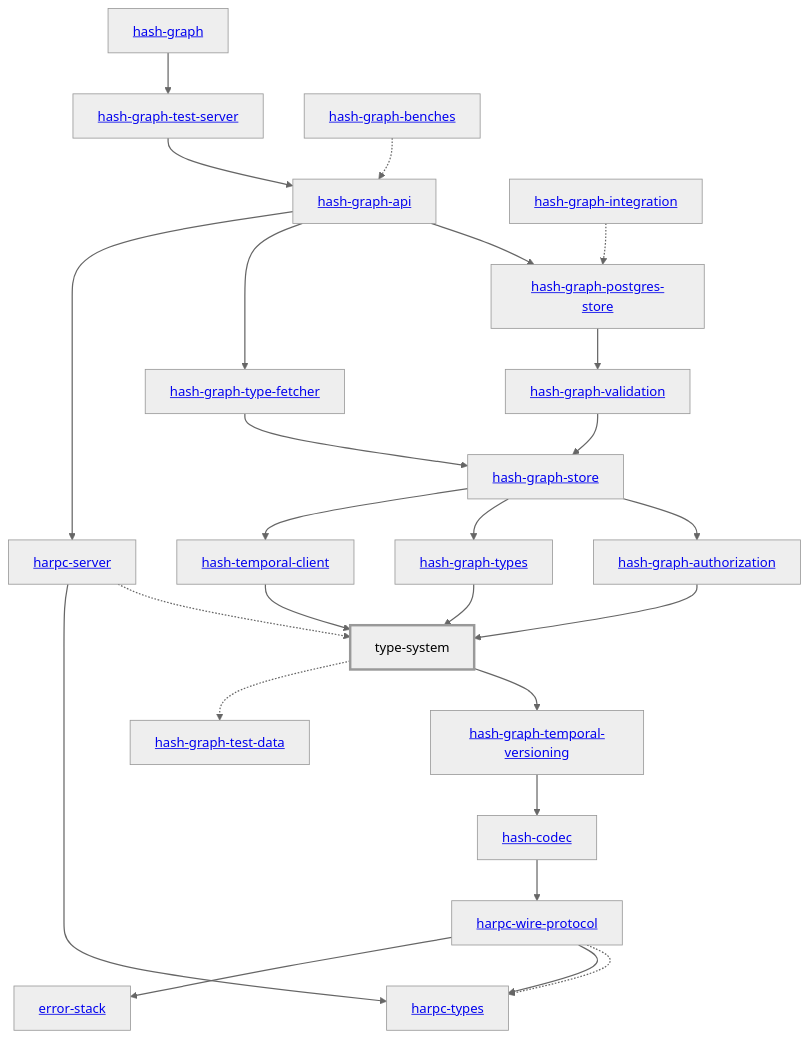
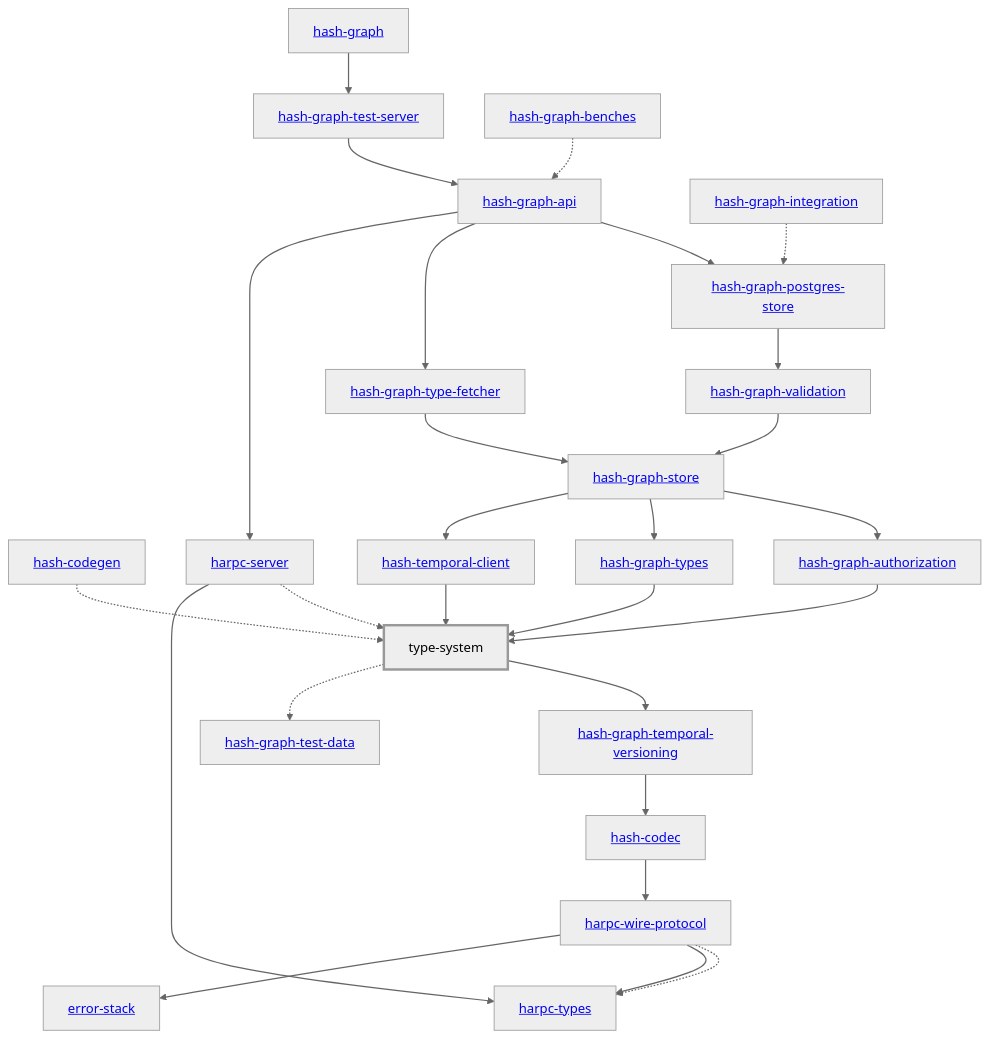
The diagram in libs/@blockprotocol/type-system/rust/docs/dependency-diagram.mmd (hashintel/hash), drawn with Mermaid (neutral theme) before and after one commit. The commit also changed 6 other files, not shown here.

Commit message:
Fix dep-graph

```diff
--- a/libs/@blockprotocol/type-system/rust/docs/dependency-diagram.mmd
+++ b/libs/@blockprotocol/type-system/rust/docs/dependency-diagram.mmd
@@ -1,56 +1,58 @@
 graph TD
     linkStyle default stroke-width:1.5px
     classDef default stroke-width:1px
     classDef root stroke-width:3px
     classDef dev stroke-width:1px
     classDef build stroke-width:1px
     %% Legend
     %% --> : Normal dependency
     %% -.-> : Dev dependency
     %% ---> : Build dependency
     0[<a href="../hash_graph">hash-graph</a>]
     1[type-system]
     class 1 root
     2[<a href="../hash_codec">hash-codec</a>]
-    3[<a href="../hash_graph_api">hash-graph-api</a>]
-    4[<a href="../hash_graph_authorization">hash-graph-authorization</a>]
-    5[<a href="../hash_graph_postgres_store">hash-graph-postgres-store</a>]
-    6[<a href="../hash_graph_store">hash-graph-store</a>]
-    7[<a href="../hash_graph_temporal_versioning">hash-graph-temporal-versioning</a>]
-    8[<a href="../hash_graph_test_server">hash-graph-test-server</a>]
-    9[<a href="../hash_graph_type_fetcher">hash-graph-type-fetcher</a>]
-    10[<a href="../hash_graph_types">hash-graph-types</a>]
-    11[<a href="../hash_graph_validation">hash-graph-validation</a>]
-    12[<a href="../harpc_server">harpc-server</a>]
-    13[<a href="../harpc_types">harpc-types</a>]
-    14[<a href="../harpc_wire_protocol">harpc-wire-protocol</a>]
-    15[<a href="../hash_temporal_client">hash-temporal-client</a>]
-    16[<a href="../error_stack">error-stack</a>]
-    17[<a href="../hash_graph_benches">hash-graph-benches</a>]
-    18[<a href="../hash_graph_integration">hash-graph-integration</a>]
-    19[<a href="../hash_graph_test_data">hash-graph-test-data</a>]
-    0 --> 8
-    1 --> 7
-    1 -.-> 19
-    2 --> 14
-    3 --> 5
-    3 --> 9
-    3 --> 12
-    4 --> 1
-    5 --> 11
-    6 --> 4
-    6 --> 10
-    6 --> 15
-    7 --> 2
-    8 --> 3
-    9 --> 6
-    10 --> 1
-    11 --> 6
-    12 -.-> 1
-    12 --> 13
-    14 -.-> 13
-    14 --> 13
-    14 --> 16
-    15 --> 1
-    17 -.-> 3
-    18 -.-> 5
+    3[<a href="../hash_codegen">hash-codegen</a>]
+    4[<a href="../hash_graph_api">hash-graph-api</a>]
+    5[<a href="../hash_graph_authorization">hash-graph-authorization</a>]
+    6[<a href="../hash_graph_postgres_store">hash-graph-postgres-store</a>]
+    7[<a href="../hash_graph_store">hash-graph-store</a>]
+    8[<a href="../hash_graph_temporal_versioning">hash-graph-temporal-versioning</a>]
+    9[<a href="../hash_graph_test_server">hash-graph-test-server</a>]
+    10[<a href="../hash_graph_type_fetcher">hash-graph-type-fetcher</a>]
+    11[<a href="../hash_graph_types">hash-graph-types</a>]
+    12[<a href="../hash_graph_validation">hash-graph-validation</a>]
+    13[<a href="../harpc_server">harpc-server</a>]
+    14[<a href="../harpc_types">harpc-types</a>]
+    15[<a href="../harpc_wire_protocol">harpc-wire-protocol</a>]
+    16[<a href="../hash_temporal_client">hash-temporal-client</a>]
+    17[<a href="../error_stack">error-stack</a>]
+    18[<a href="../hash_graph_benches">hash-graph-benches</a>]
+    19[<a href="../hash_graph_integration">hash-graph-integration</a>]
+    20[<a href="../hash_graph_test_data">hash-graph-test-data</a>]
+    0 --> 9
+    1 --> 8
+    1 -.-> 20
+    2 --> 15
+    3 -.-> 1
+    4 --> 6
+    4 --> 10
+    4 --> 13
+    5 --> 1
+    6 --> 12
+    7 --> 5
+    7 --> 11
+    7 --> 16
+    8 --> 2
+    9 --> 4
+    10 --> 7
+    11 --> 1
+    12 --> 7
+    13 -.-> 1
+    13 --> 14
+    15 -.-> 14
+    15 --> 14
+    15 --> 17
+    16 --> 1
+    18 -.-> 4
+    19 -.-> 6
```
